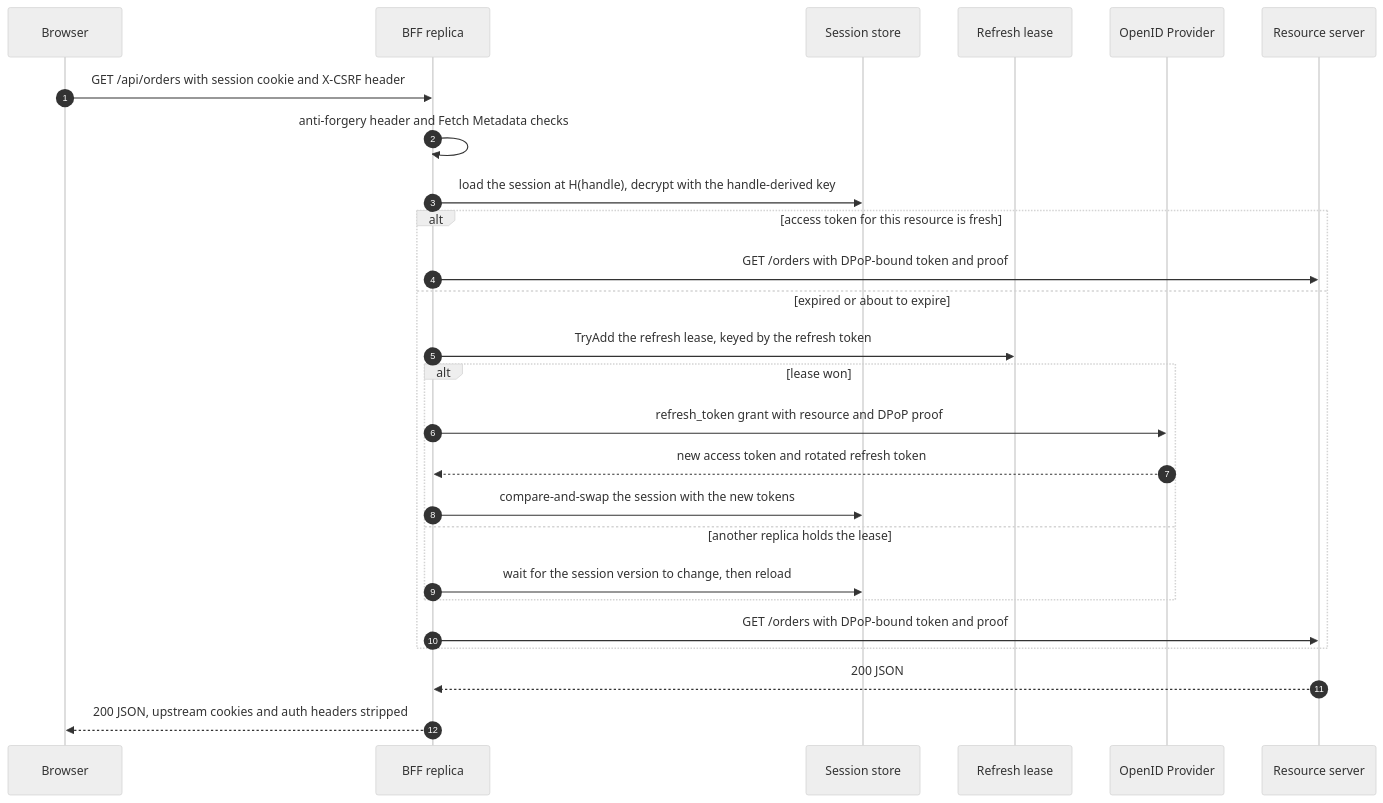
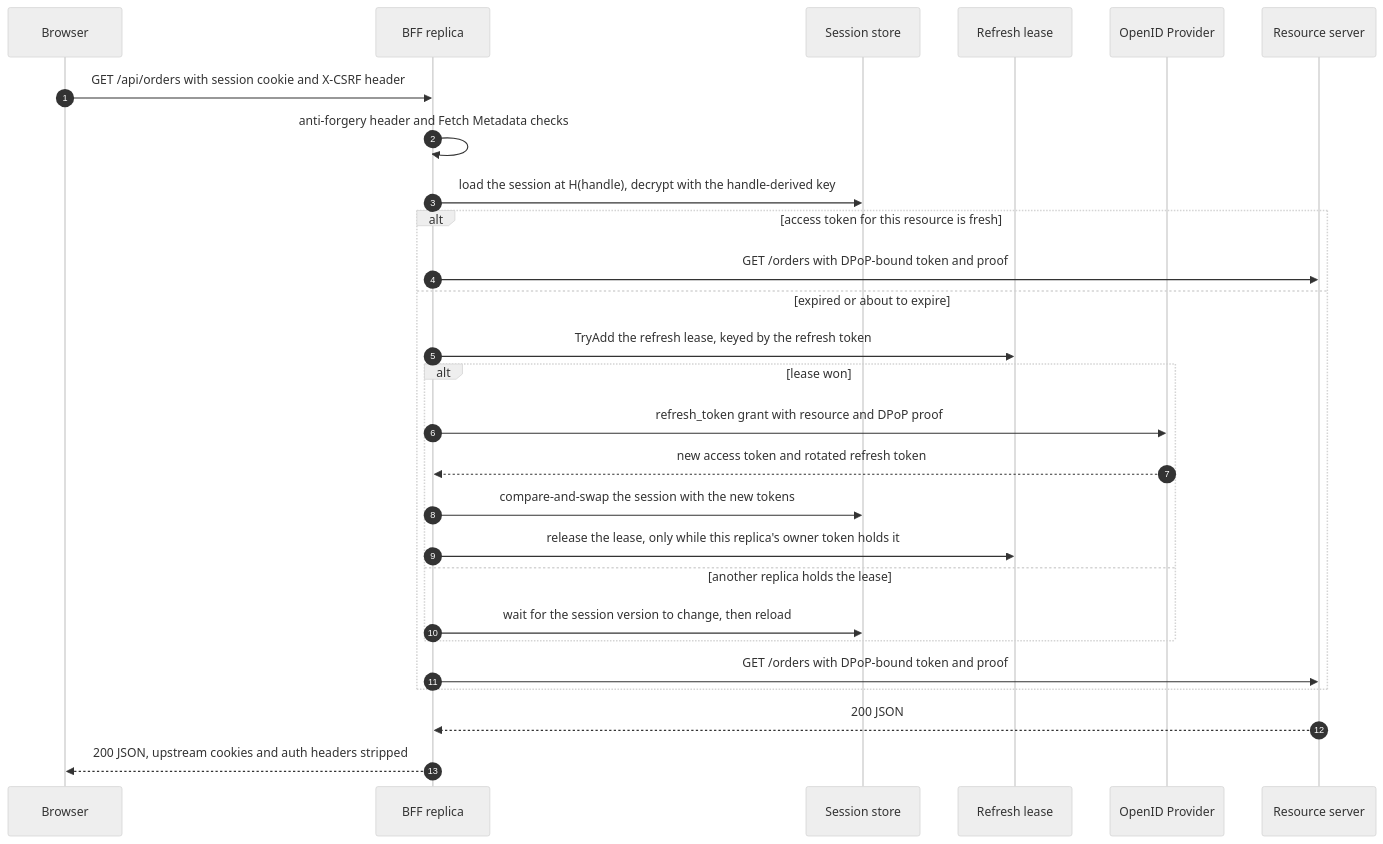
One commit to NCodeGroup/Identity changed the fourth of 4 diagrams in docs/backend-for-frontend.md. Above: the diagram before and after it, drawn with Mermaid (neutral theme). The commit also changed other lines of this file and 25 other files, not shown here.

First line of the commit message:
feat: release BFF refresh leases by owner, pool provider responses (#460)

````diff
--- a/docs/backend-for-frontend.md
+++ b/docs/backend-for-frontend.md
@@ -496,28 +499,29 @@
 ```mermaid
 sequenceDiagram
     autonumber
     participant B as Browser
     participant F as BFF replica
     participant S as Session store
     participant L as Refresh lease
     participant O as OpenID Provider
     participant R as Resource server
     B->>F: GET /api/orders with session cookie and X-CSRF header
     F->>F: anti-forgery header and Fetch Metadata checks
     F->>S: load the session at H(handle), decrypt with the handle-derived key
     alt access token for this resource is fresh
         F->>R: GET /orders with DPoP-bound token and proof
     else expired or about to expire
         F->>L: TryAdd the refresh lease, keyed by the refresh token
         alt lease won
             F->>O: refresh_token grant with resource and DPoP proof
             O-->>F: new access token and rotated refresh token
             F->>S: compare-and-swap the session with the new tokens
+            F->>L: release the lease, only while this replica's owner token holds it
         else another replica holds the lease
             F->>S: wait for the session version to change, then reload
         end
         F->>R: GET /orders with DPoP-bound token and proof
     end
     R-->>F: 200 JSON
     F-->>B: 200 JSON, upstream cookies and auth headers stripped
 ```
````
